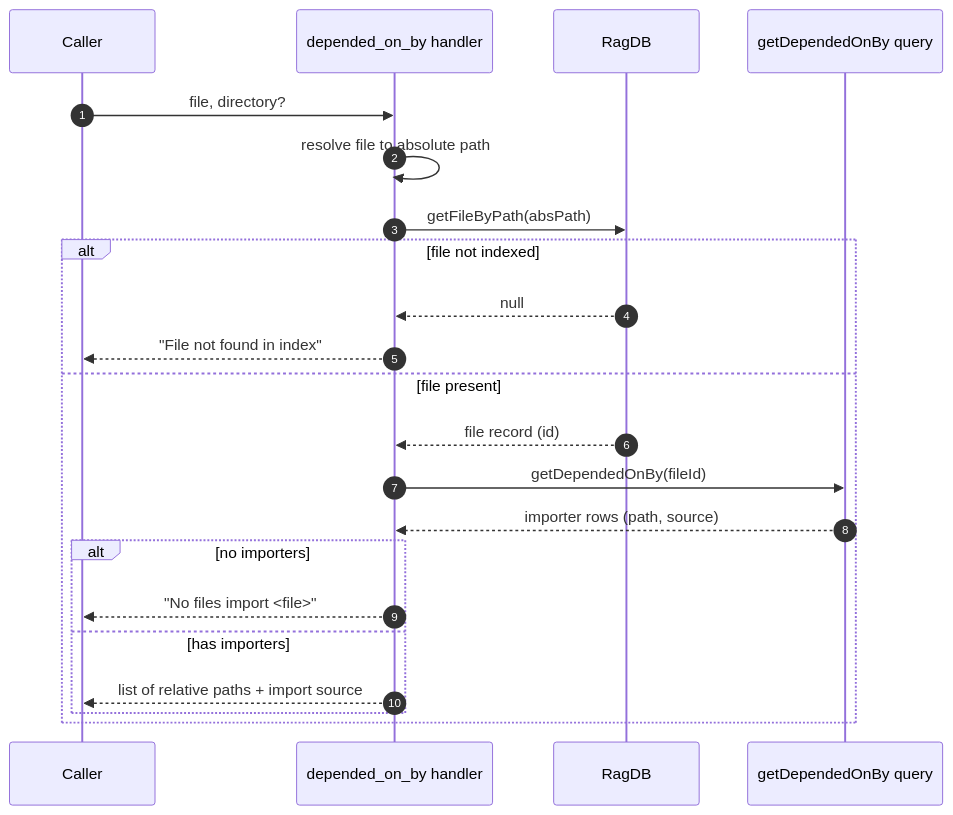
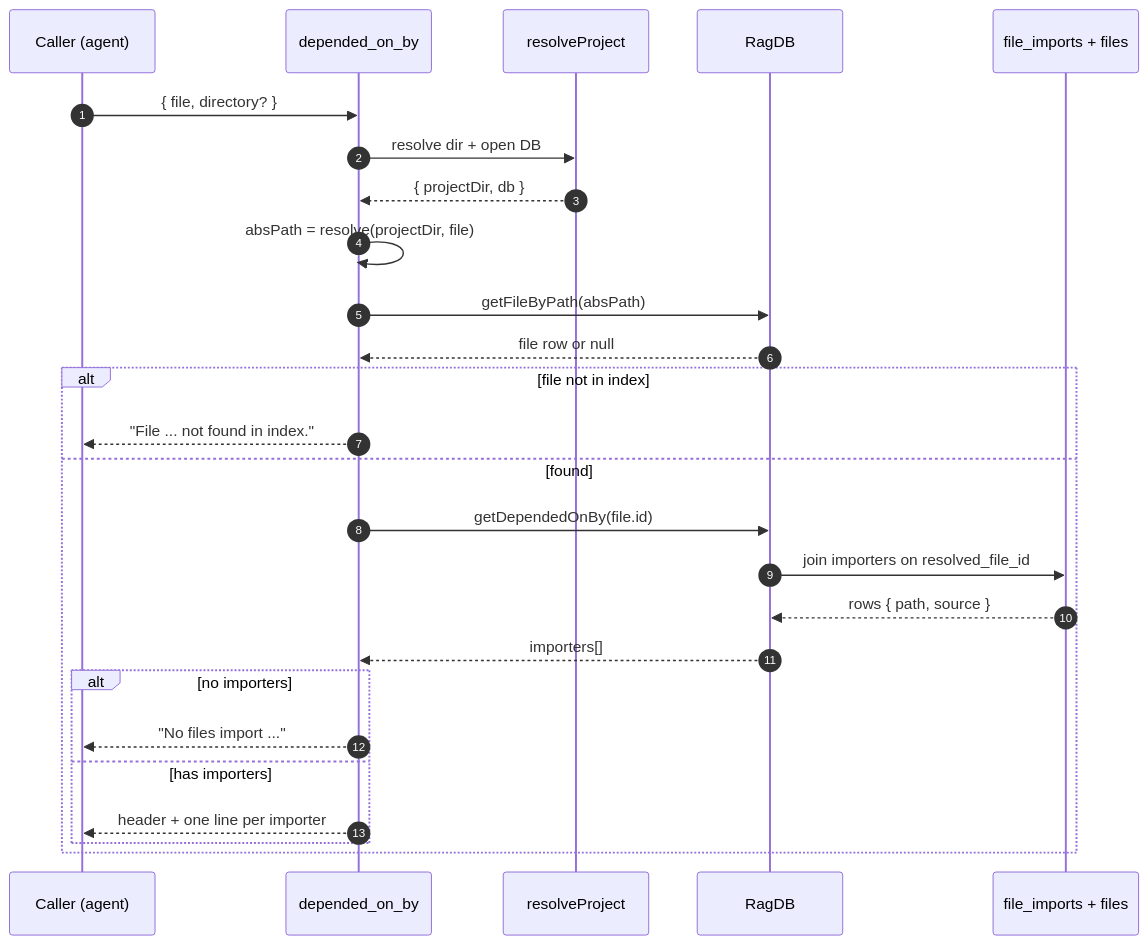
One commit to TheWinci/mimirs changed the diagram in wiki/tools/depended-on-by.md. Above: the diagram before and after it, drawn with Mermaid. The commit also changed other lines of this file and 51 other files, not shown here.

````diff
--- a/wiki/tools/depended-on-by.md
+++ b/wiki/tools/depended-on-by.md
@@ -9,25 +19,28 @@
 ```mermaid
 sequenceDiagram
     autonumber
-    participant Caller
-    participant Handler as depended_on_by handler
+    participant Caller as Caller (agent)
+    participant Tool as depended_on_by
+    participant Proj as resolveProject
     participant DB as RagDB
-    participant Graph as getDependedOnBy query
-
-    Caller->>Handler: file, directory?
-    Handler->>Handler: resolve file to absolute path
-    Handler->>DB: getFileByPath(absPath)
-    alt file not indexed
-        DB-->>Handler: null
-        Handler-->>Caller: "File not found in index"
-    else file present
-        DB-->>Handler: file record (id)
-        Handler->>Graph: getDependedOnBy(fileId)
-        Graph-->>Handler: importer rows (path, source)
+    participant SQL as file_imports + files
+    Caller->>Tool: { file, directory? }
+    Tool->>Proj: resolve dir + open DB
+    Proj-->>Tool: { projectDir, db }
+    Tool->>Tool: absPath = resolve(projectDir, file)
+    Tool->>DB: getFileByPath(absPath)
+    DB-->>Tool: file row or null
+    alt file not in index
+        Tool-->>Caller: "File ... not found in index."
+    else found
+        Tool->>DB: getDependedOnBy(file.id)
+        DB->>SQL: join importers on resolved_file_id
+        SQL-->>DB: rows { path, source }
+        DB-->>Tool: importers[]
         alt no importers
-            Handler-->>Caller: "No files import <file>"
+            Tool-->>Caller: "No files import ..."
         else has importers
-            Handler-->>Caller: list of relative paths + import source
+            Tool-->>Caller: header + one line per importer
         end
     end
 ```
````
